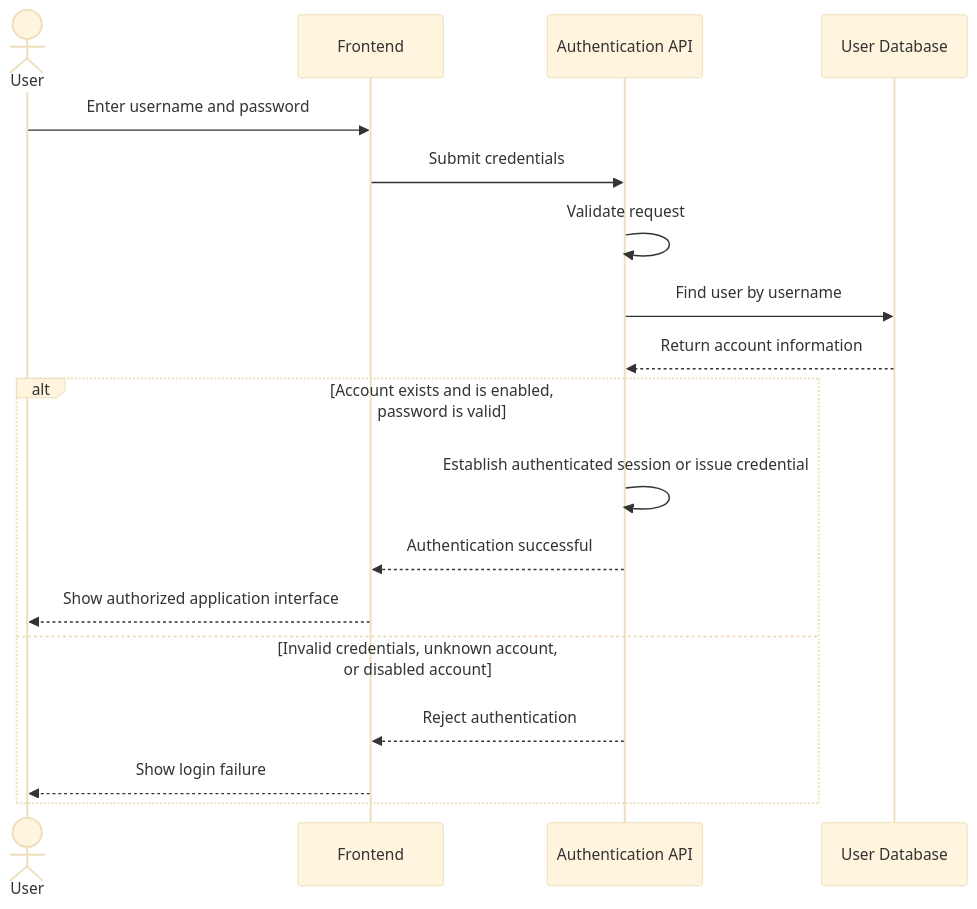
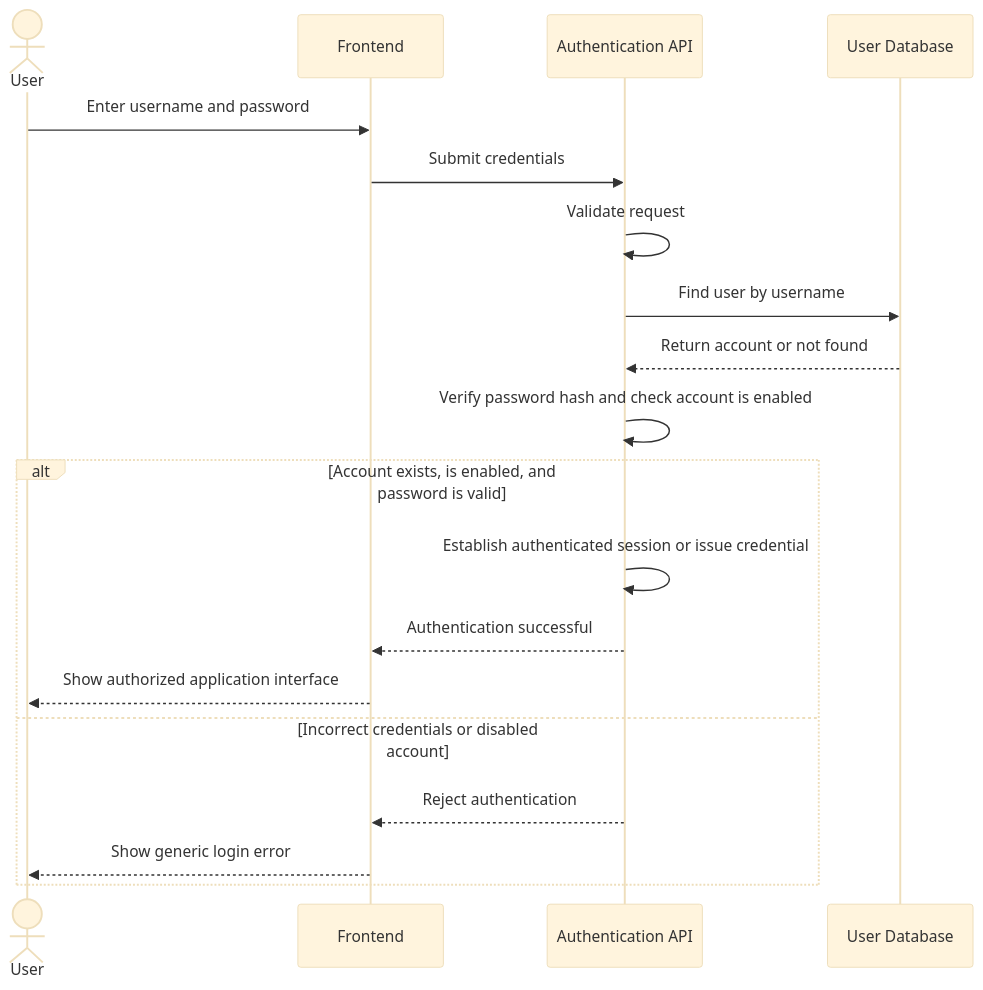
The first of 2 diagrams in docs/analysis/behavior/US-01-authentication.md (El-Dorado26/hive-honeypot-network), drawn with Mermaid (base theme) before and after one commit. The commit also changed other lines of this file, not shown here.

````diff
--- a/docs/analysis/behavior/US-01-authentication.md
+++ b/docs/analysis/behavior/US-01-authentication.md
@@ -41,22 +45,23 @@
 ```mermaid
 sequenceDiagram
     actor User
     participant UI as Frontend
     participant API as Authentication API
     participant DB as User Database
 
     User->>UI: Enter username and password
     UI->>API: Submit credentials
     API->>API: Validate request
     API->>DB: Find user by username
-    DB-->>API: Return account information
+    DB-->>API: Return account or not found
+    API->>API: Verify password hash and check account is enabled
 
-    alt Account exists and is enabled, password is valid
+    alt Account exists, is enabled, and password is valid
         API->>API: Establish authenticated session or issue credential
         API-->>UI: Authentication successful
         UI-->>User: Show authorized application interface
-    else Invalid credentials, unknown account, or disabled account
+    else Incorrect credentials or disabled account
         API-->>UI: Reject authentication
-        UI-->>User: Show login failure
+        UI-->>User: Show generic login error
     end
 ```
````
